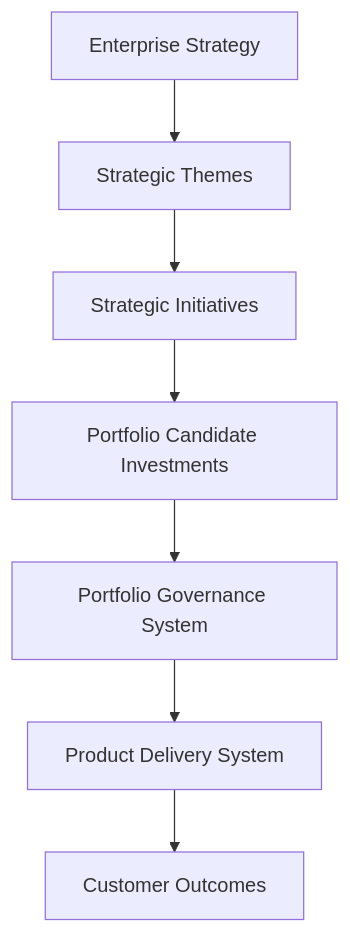
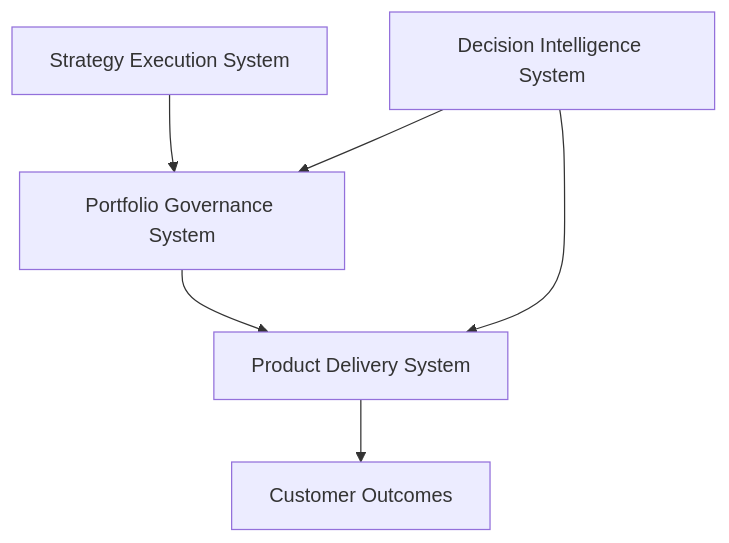
Before and after one commit to ChuckFerrando/strategy-execution-system: the first of 2 diagrams in README.md, drawn with Mermaid. The commit also changed other lines of this file, not shown here.

````diff
--- a/README.md
+++ b/README.md
@@ -9,11 +9,16 @@
 ```mermaid
 flowchart TB
 
-A[Enterprise Strategy] --> B[Strategic Themes]
-B --> C[Strategic Initiatives]
-C --> D[Portfolio Candidate Investments]
+A[Strategy Execution System]
+B[Portfolio Governance System]
+C[Product Delivery System]
+D[Customer Outcomes]
+E[Decision Intelligence System]
 
-D --> E[Portfolio Governance System]
-E --> F[Product Delivery System]
-F --> G[Customer Outcomes]
+A --> B
+B --> C
+C --> D
+
+E --> B
+E --> C
 ```
````
